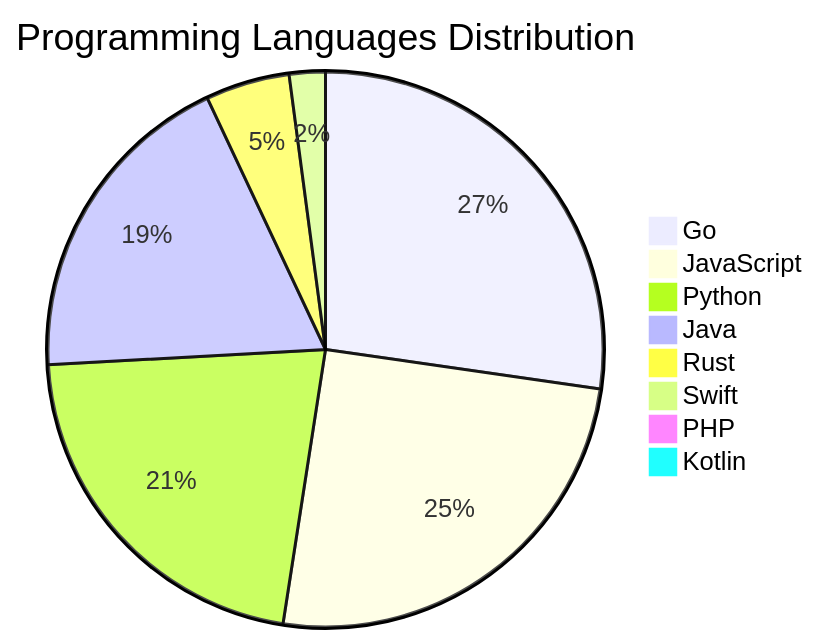
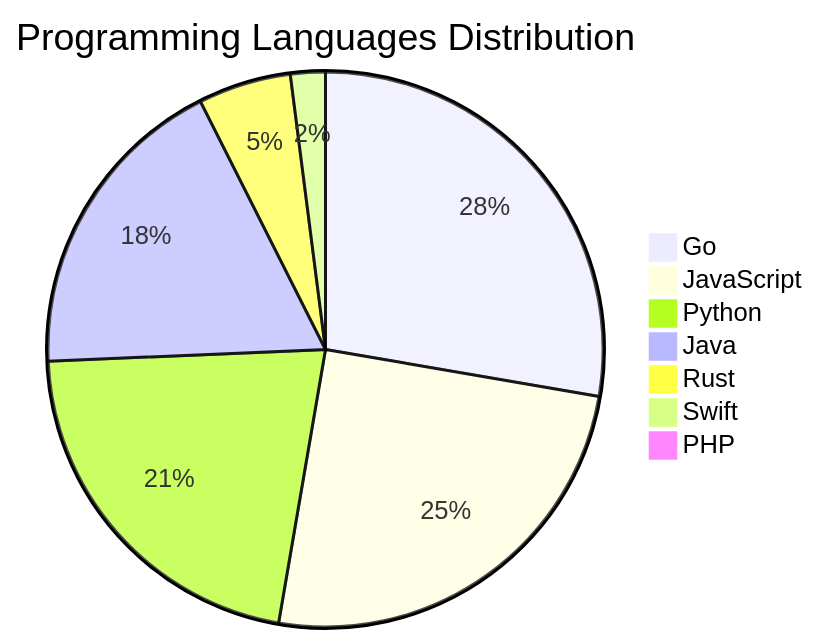
Before and after one commit to Derrick-MUGISHA/github-activity-bot: the diagram in README.md, drawn with Mermaid. The commit also changed other lines of this file and 4 other files, not shown here.

````diff
--- a/README.md
+++ b/README.md
@@ -210,11 +209,10 @@
 ```mermaid
 pie title Programming Languages Distribution
-    "Go" : 39
-    "JavaScript" : 36
-    "Python" : 31
+    "Go" : 41
+    "JavaScript" : 37
+    "Python" : 32
     "Java" : 27
-    "Rust" : 7
+    "Rust" : 8
     "Swift" : 3
     "PHP" : 1
-    "Kotlin" : 1
 ```
````
